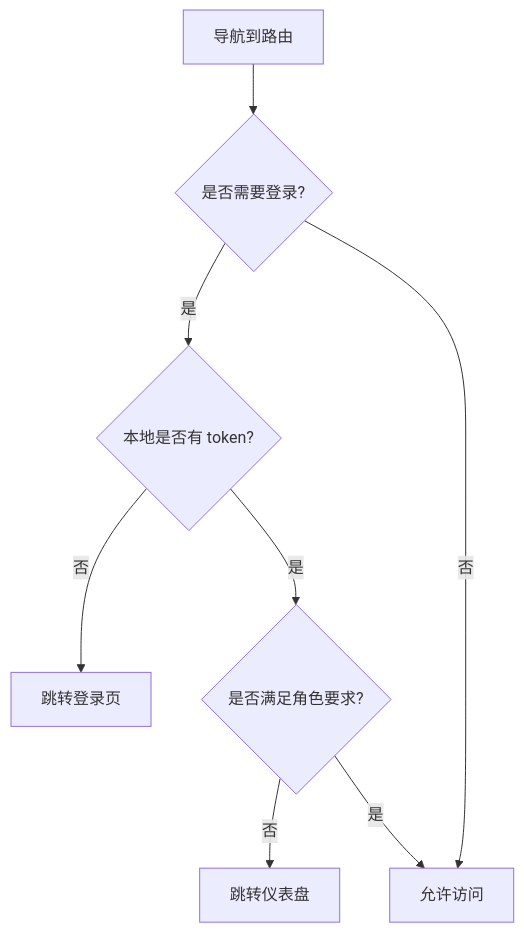
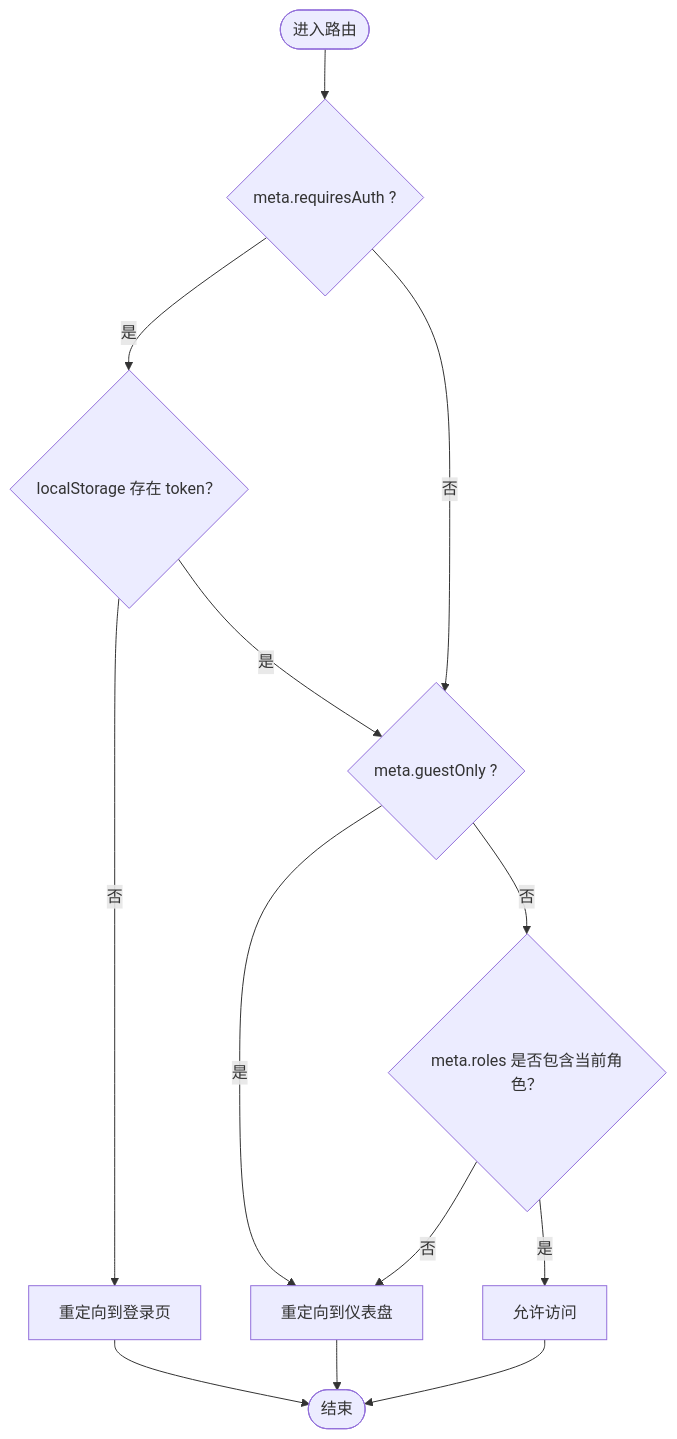
The fifth of 10 diagrams in .qoder/repowiki/zh/content/开发指南.md (Juny09/inventory_system), drawn with Mermaid before and after one commit. The commit also changed other lines of this file and 171 other files, not shown here.

````diff
--- a/.qoder/repowiki/zh/content/开发指南.md
+++ b/.qoder/repowiki/zh/content/开发指南.md
@@ -186,10 +215,15 @@
 ```mermaid
 flowchart TD
-NAV["导航到路由"] --> CHECK_AUTH{"是否需要登录?"}
-CHECK_AUTH --> |是| HAS_TOKEN{"本地是否有 token?"}
-HAS_TOKEN --> |否| GO_LOGIN["跳转登录页"]
-HAS_TOKEN --> |是| CHECK_ROLE{"是否满足角色要求?"}
-CHECK_ROLE --> |否| GO_DASH["跳转仪表盘"]
-CHECK_ROLE --> |是| ALLOW["允许访问"]
-CHECK_AUTH --> |否| ALLOW
+Enter(["进入路由"]) --> RequiresAuth{"meta.requiresAuth ?"}
+RequiresAuth --> |是| HasToken{"localStorage 存在 token？"}
+HasToken --> |否| ToLogin["重定向到登录页"]
+HasToken --> |是| GuestOnly{"meta.guestOnly ?"}
+GuestOnly --> |是| ToDash["重定向到仪表盘"]
+GuestOnly --> |否| CheckRole{"meta.roles 是否包含当前角色？"}
+CheckRole --> |否| ToDash
+CheckRole --> |是| Allow["允许访问"]
+RequiresAuth --> |否| GuestOnly
+ToLogin --> End(["结束"])
+ToDash --> End
+Allow --> End
 ```
````
